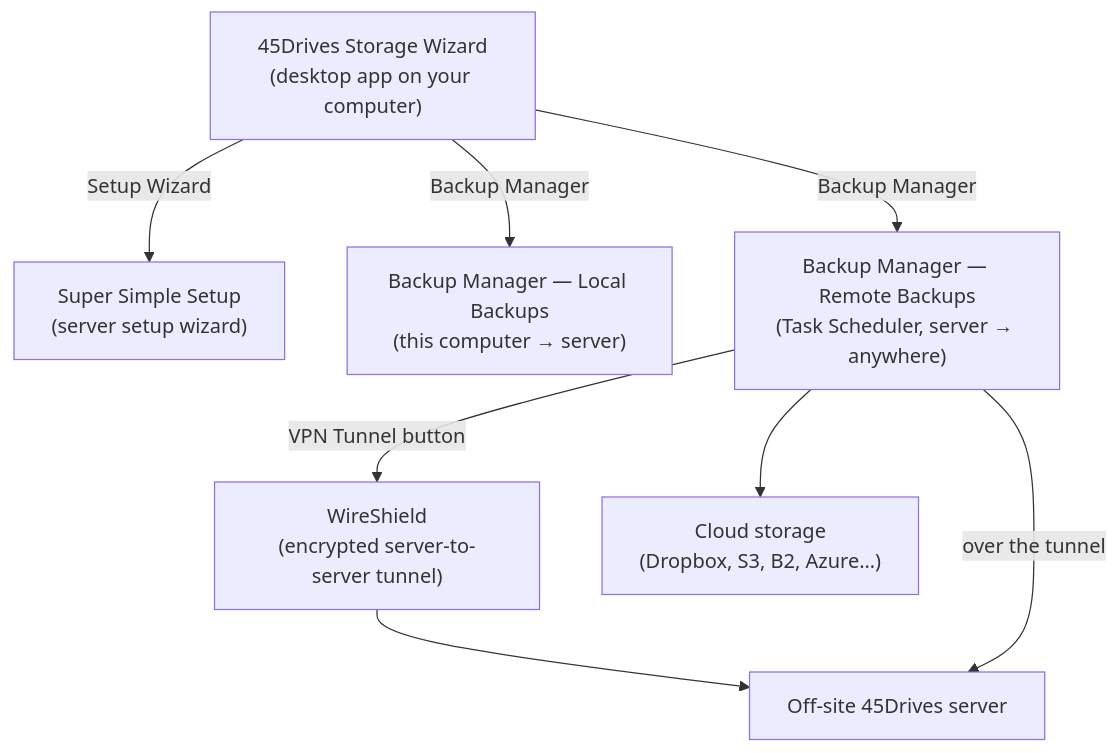
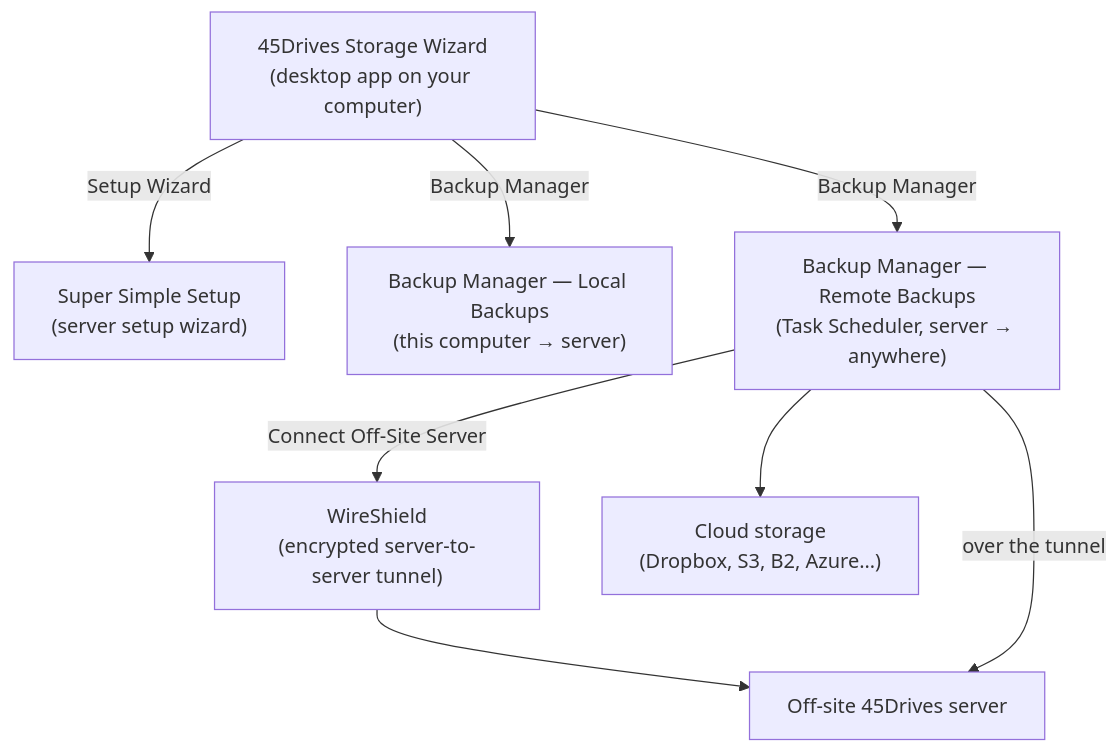
The diagram in docs/45Drives_Storage_Wizard_User_Guide.md (45Drives/houston-client-manager), drawn with Mermaid before and after one commit. The commit also changed other lines of this file and 71 other files, not shown here.

````diff
--- a/docs/45Drives_Storage_Wizard_User_Guide.md
+++ b/docs/45Drives_Storage_Wizard_User_Guide.md
@@ -23,18 +23,18 @@
 ```mermaid
 flowchart TD
     A["45Drives Storage Wizard<br/>(desktop app on your computer)"]
     B["Super Simple Setup<br/>(server setup wizard)"]
     C["Backup Manager — Local Backups<br/>(this computer → server)"]
     D["Backup Manager — Remote Backups<br/>(Task Scheduler, server → anywhere)"]
     E["WireShield<br/>(encrypted server-to-server tunnel)"]
     F["Cloud storage<br/>(Dropbox, S3, B2, Azure…)"]
     G["Off-site 45Drives server"]
 
     A -->|Setup Wizard| B
     A -->|Backup Manager| C
     A -->|Backup Manager| D
-    D -->|VPN Tunnel button| E
+    D -->|Connect Off-Site Server| E
     D --> F
     E --> G
     D -->|over the tunnel| G
 ```
````
